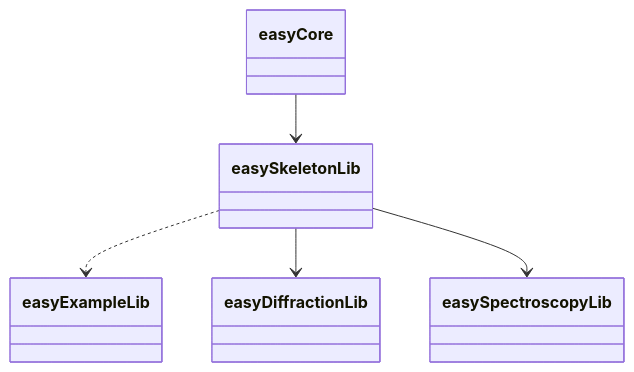
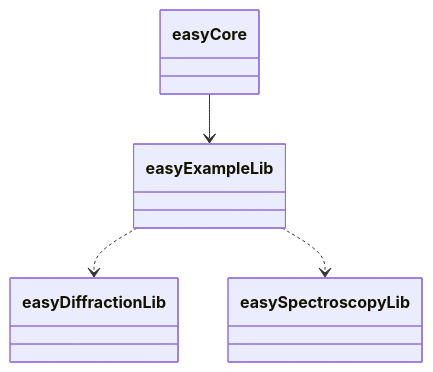
One commit to easyScience/easyScience changed the second of 5 diagrams in diagrams/mermaid.md. Above: the diagram before and after it, drawn with Mermaid. The commit also changed other lines of this file, not shown here.

````diff
--- a/diagrams/mermaid.md
+++ b/diagrams/mermaid.md
@@ -29,8 +29,7 @@
 ```mermaid
 classDiagram
 
-easyCore --> easySkeletonLib
-easySkeletonLib ..> easyExampleLib
-easySkeletonLib --> easyDiffractionLib
-easySkeletonLib --> easySpectroscopyLib
+easyCore --> easyExampleLib
+easyExampleLib ..> easyDiffractionLib
+easyExampleLib ..> easySpectroscopyLib
 ```
````
